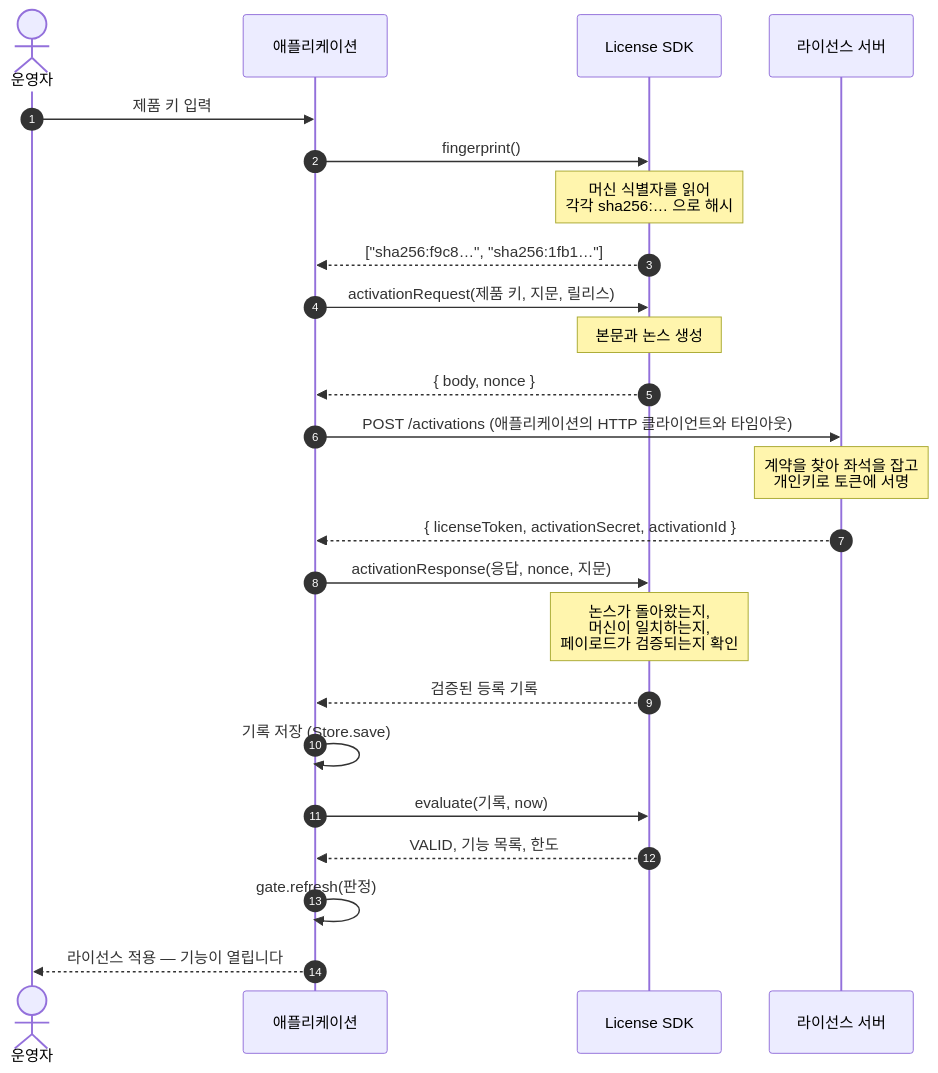
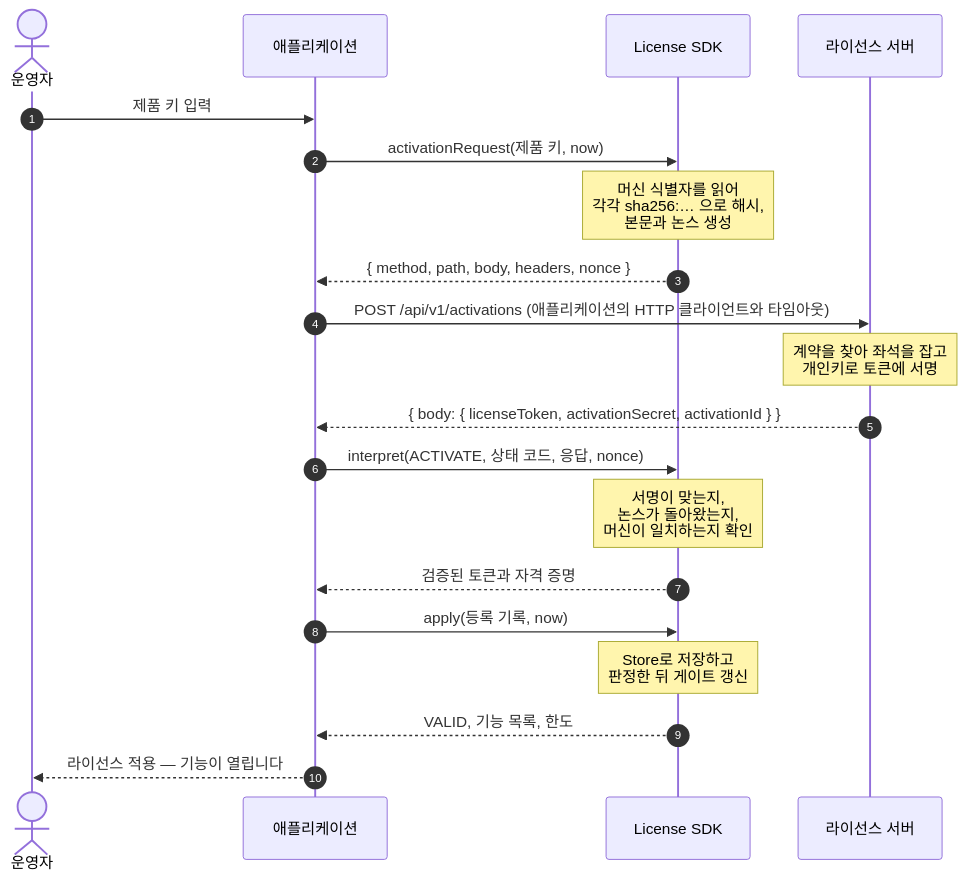
The first of 7 diagrams in docs/manual/ko/concepts.md (accesscore-dev/accesscore-license-sdk-dist), drawn with Mermaid before and after one commit. The commit also changed other lines of this file and 28 other files, not shown here.

````diff
--- a/docs/manual/ko/concepts.md
+++ b/docs/manual/ko/concepts.md
@@ -67,31 +70,26 @@
 ```mermaid
 sequenceDiagram
     autonumber
     actor Op as 운영자
     participant App as 애플리케이션
     participant SDK as License SDK
     participant Srv as 라이선스 서버
 
     Op->>App: 제품 키 입력
-    App->>SDK: fingerprint()
-    Note over SDK: 머신 식별자를 읽어<br/>각각 sha256:… 으로 해시
-    SDK-->>App: ["sha256:f9c8…", "sha256:1fb1…"]
+    App->>SDK: activationRequest(제품 키, now)
+    Note over SDK: 머신 식별자를 읽어<br/>각각 sha256:… 으로 해시,<br/>본문과 논스 생성
+    SDK-->>App: { method, path, body, headers, nonce }
 
-    App->>SDK: activationRequest(제품 키, 지문, 릴리스)
-    Note over SDK: 본문과 논스 생성
-    SDK-->>App: { body, nonce }
+    App->>Srv: POST /api/v1/activations  (애플리케이션의 HTTP 클라이언트와 타임아웃)
+    Note over Srv: 계약을 찾아 좌석을 잡고<br/>개인키로 토큰에 서명
+    Srv-->>App: { body: { licenseToken, activationSecret, activationId } }
 
-    App->>Srv: POST /activations  (애플리케이션의 HTTP 클라이언트와 타임아웃)
-    Note over Srv: 계약을 찾아 좌석을 잡고<br/>개인키로 토큰에 서명
-    Srv-->>App: { licenseToken, activationSecret, activationId }
+    App->>SDK: interpret(ACTIVATE, 상태 코드, 응답, nonce)
+    Note over SDK: 서명이 맞는지,<br/>논스가 돌아왔는지,<br/>머신이 일치하는지 확인
+    SDK-->>App: 검증된 토큰과 자격 증명
 
-    App->>SDK: activationResponse(응답, nonce, 지문)
-    Note over SDK: 논스가 돌아왔는지,<br/>머신이 일치하는지,<br/>페이로드가 검증되는지 확인
-    SDK-->>App: 검증된 등록 기록
-
-    App->>App: 기록 저장 (Store.save)
-    App->>SDK: evaluate(기록, now)
+    App->>SDK: apply(등록 기록, now)
+    Note over SDK: Store로 저장하고<br/>판정한 뒤 게이트 갱신
     SDK-->>App: VALID, 기능 목록, 한도
-    App->>App: gate.refresh(판정)
     App-->>Op: 라이선스 적용 — 기능이 열립니다
 ```
````
